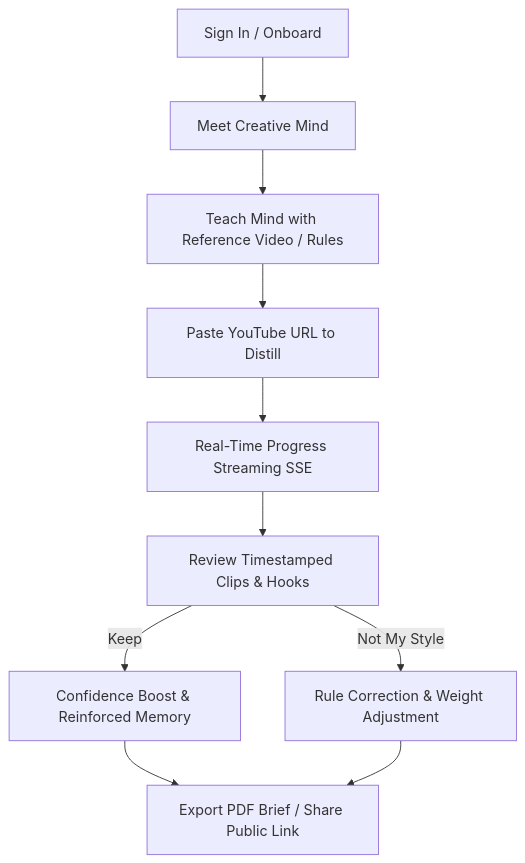
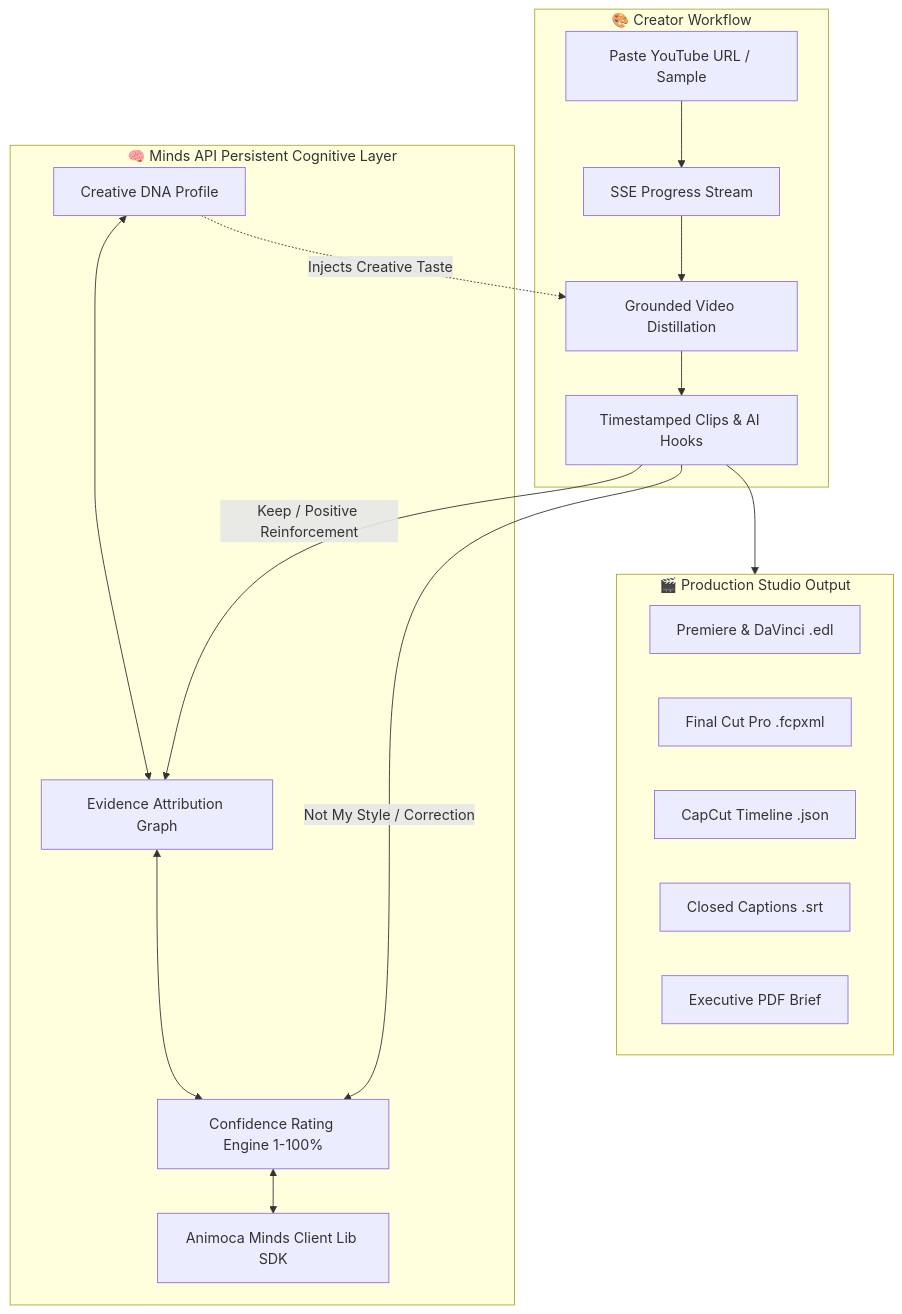
The diagram in README.md (0xaje/Soulcut), drawn with Mermaid before and after one commit. The commit also changed other lines of this file, not shown here.

Commit message:
docs(readme): overhaul README to put Minds API persistent memory front and center with architecture diagrams and SDK integration

````diff
--- a/README.md
+++ b/README.md
@@ -127,12 +53,27 @@
 ```mermaid
-graph TD
-    A[Sign In / Onboard] --> B[Meet Creative Mind]
-    B --> C[Teach Mind with Reference Video / Rules]
-    C --> D[Paste YouTube URL to Distill]
-    D --> E[Real-Time Progress Streaming SSE]
-    E --> F[Review Timestamped Clips & Hooks]
-    F -->|Keep| G[Confidence Boost & Reinforced Memory]
-    F -->|Not My Style| H[Rule Correction & Weight Adjustment]
-    G --> I[Export PDF Brief / Share Public Link]
-    H --> I
+flowchart TD
+    subgraph Creator["🎨 Creator Workflow"]
+        A[Paste YouTube URL / Sample] --> B[SSE Progress Stream]
+        B --> C[Grounded Video Distillation]
+        C --> D[Timestamped Clips & AI Hooks]
+    end
+
+    subgraph MindsLayer["🧠 Minds API Persistent Cognitive Layer"]
+        M1[Creative DNA Profile] <--> M2[Evidence Attribution Graph]
+        M2 <--> M3[Confidence Rating Engine 1-100%]
+        M3 <--> M4[Animoca Minds Client Lib SDK]
+    end
+
+    subgraph StudioExports["🎬 Production Studio Output"]
+        E1[Premiere & DaVinci .edl]
+        E2[Final Cut Pro .fcpxml]
+        E3[CapCut Timeline .json]
+        E4[Closed Captions .srt]
+        E5[Executive PDF Brief]
+    end
+
+    D -->|Keep / Positive Reinforcement| M2
+    D -->|Not My Style / Correction| M3
+    M1 -.->|Injects Creative Taste| C
+    D --> StudioExports
 ```
````
